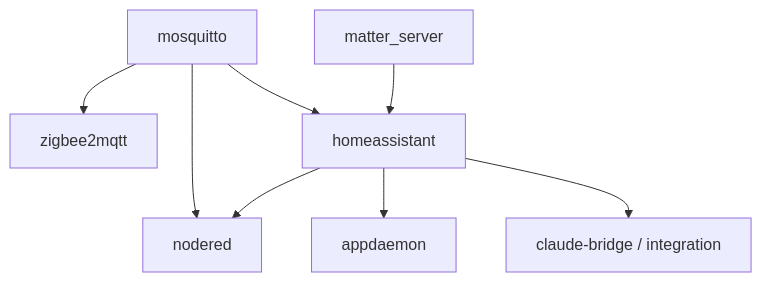
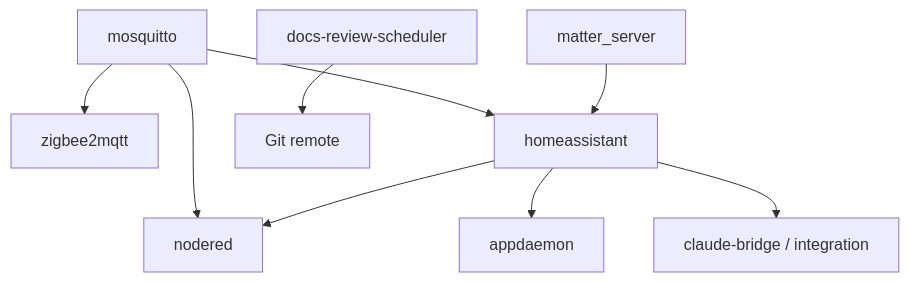
Before and after one commit to gabrafur/my_smart_home: the diagram in docs/CONTAINERS.en.md, drawn with Mermaid. The commit also changed other lines of this file and 17 other files, not shown here.

````diff
--- a/docs/CONTAINERS.en.md
+++ b/docs/CONTAINERS.en.md
@@ -113,10 +118,11 @@
 ```mermaid
 flowchart TD
     MQ[mosquitto] --> Z2M[zigbee2mqtt]
     MQ --> HA[homeassistant]
     MAT[matter_server] --> HA
     MQ --> NR[nodered]
     HA --> NR
     HA --> AD[appdaemon]
     HA --> BR[claude-bridge / integration]
+    SCH[docs-review-scheduler] --> GIT[Git remote]
 ```
````
